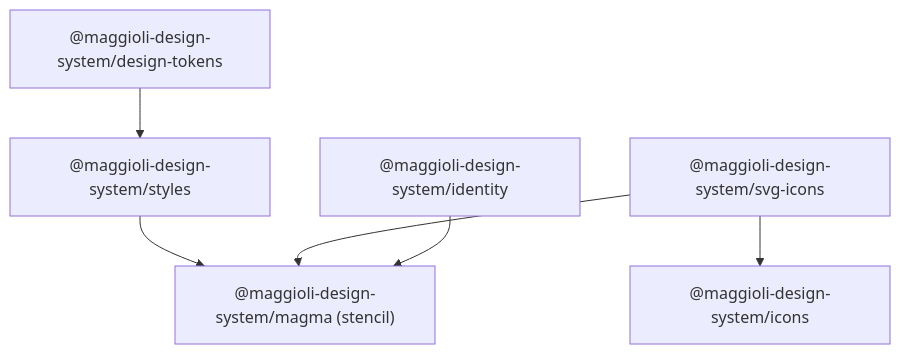
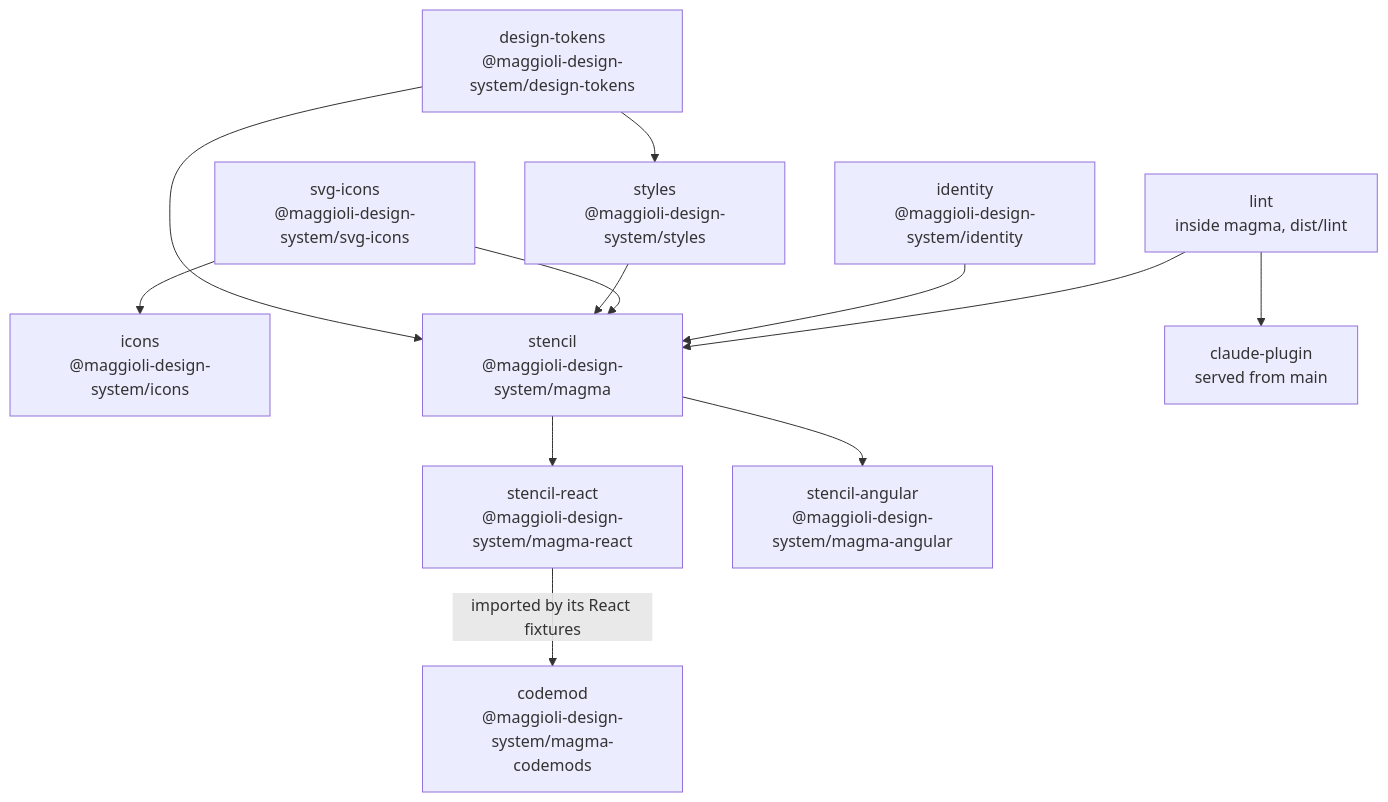
One commit to magma-design-system/magma changed the first of 2 diagrams in docs/ARCHITECTURE.md. Above: the diagram before and after it, drawn with Mermaid. The commit also changed other lines of this file and 14 other files, not shown here.

First line of the commit message:
docs(magma): draw the architecture of every project in its README

````diff
--- a/docs/ARCHITECTURE.md
+++ b/docs/ARCHITECTURE.md
@@ -7,15 +7,26 @@
 ```mermaid
 graph TD
-  DT["@maggioli-design-system/design-tokens"]
-  ID["@maggioli-design-system/identity"]
-  SI["@maggioli-design-system/svg-icons"]
-  IC["@maggioli-design-system/icons"]
-  ST["@maggioli-design-system/styles"]
-  WC["@maggioli-design-system/magma (stencil)"]
+  DT["design-tokens<br/>@maggioli-design-system/design-tokens"]
+  ID["identity<br/>@maggioli-design-system/identity"]
+  SI["svg-icons<br/>@maggioli-design-system/svg-icons"]
+  IC["icons<br/>@maggioli-design-system/icons"]
+  ST["styles<br/>@maggioli-design-system/styles"]
+  LINT["lint<br/>inside magma, dist/lint"]
+  WC["stencil<br/>@maggioli-design-system/magma"]
+  RE["stencil-react<br/>@maggioli-design-system/magma-react"]
+  AN["stencil-angular<br/>@maggioli-design-system/magma-angular"]
+  CM["codemod<br/>@maggioli-design-system/magma-codemods"]
+  CP["claude-plugin<br/>served from main"]
 
   DT --> ST
+  DT --> WC
   ST --> WC
+  SI --> WC
   SI --> IC
-  SI --> WC
   ID --> WC
+  LINT --> WC
+  LINT --> CP
+  WC --> RE
+  WC --> AN
+  RE -->|"imported by its React fixtures"| CM
 ```
````
